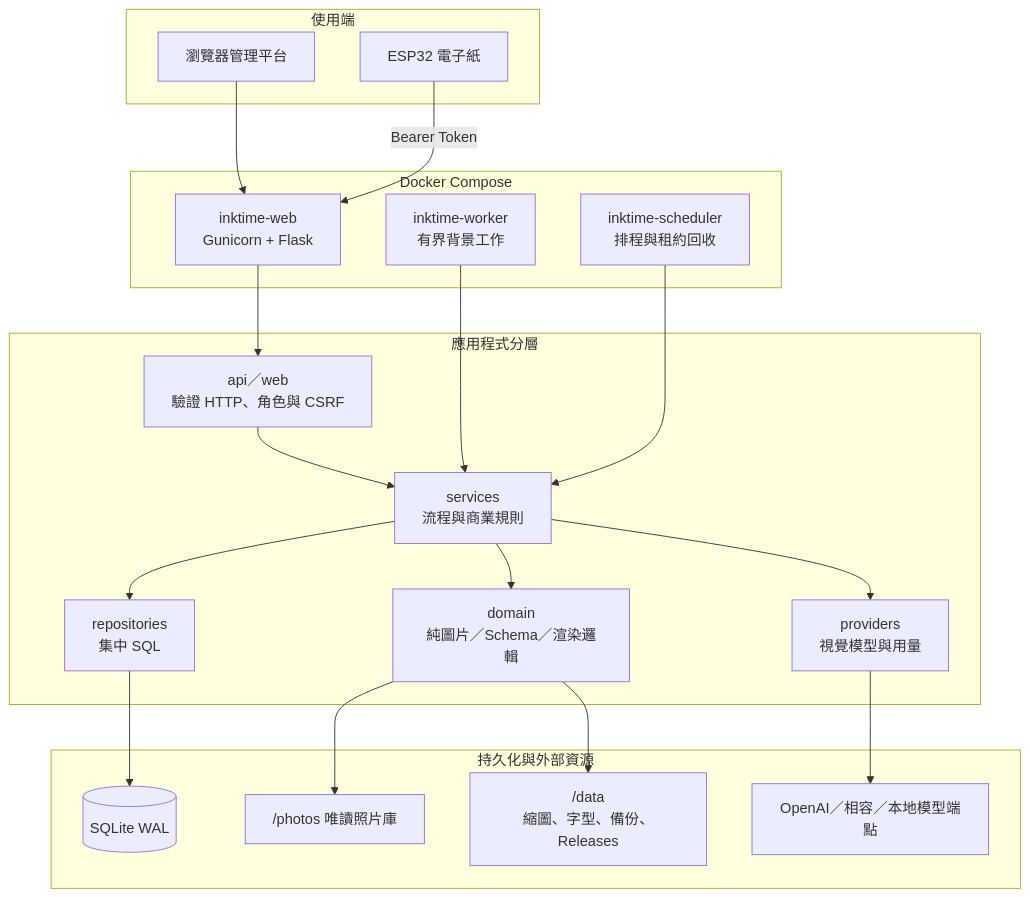
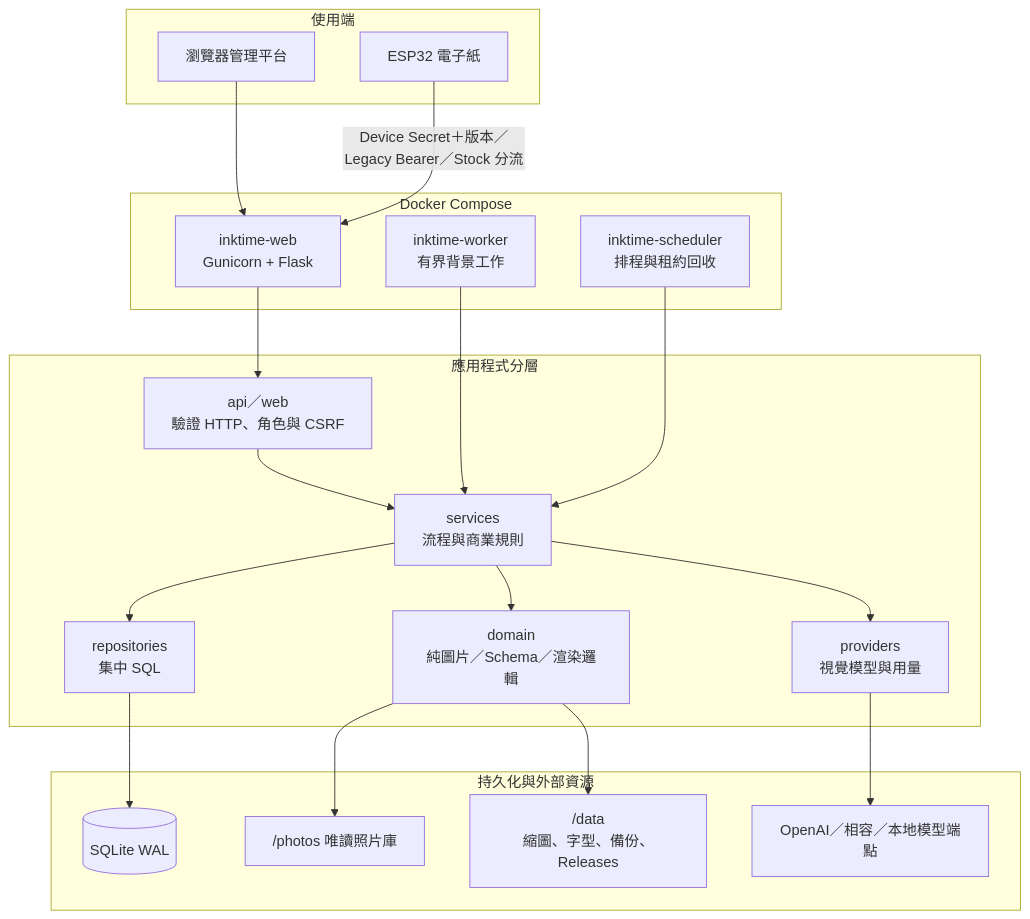
One commit to steven87090799/InkTime changed the first of 3 diagrams in docs/architecture/ARCHITECTURE_ZH_TW.md. Above: the diagram before and after it, drawn with Mermaid. The commit also changed other lines of this file and 45 other files, not shown here.

Commit message:
docs: sync project documentation with current architecture

````diff
--- a/docs/architecture/ARCHITECTURE_ZH_TW.md
+++ b/docs/architecture/ARCHITECTURE_ZH_TW.md
@@ -9,39 +9,39 @@
 ```mermaid
 flowchart TB
     subgraph clients["使用端"]
         BROWSER["瀏覽器管理平台"]
         DEVICE["ESP32 電子紙"]
     end
 
     subgraph containers["Docker Compose"]
         WEB["inktime-web<br/>Gunicorn + Flask"]
         WORKER["inktime-worker<br/>有界背景工作"]
         SCHEDULER["inktime-scheduler<br/>排程與租約回收"]
     end
 
     subgraph layers["應用程式分層"]
         ROUTE["api／web<br/>驗證 HTTP、角色與 CSRF"]
         SERVICE["services<br/>流程與商業規則"]
         DOMAIN["domain<br/>純圖片／Schema／渲染邏輯"]
         REPOSITORY["repositories<br/>集中 SQL"]
         PROVIDER["providers<br/>視覺模型與用量"]
     end
 
     subgraph persistence["持久化與外部資源"]
         SQLITE[("SQLite WAL")]
         PHOTO["/photos 唯讀照片庫"]
         DATA["/data<br/>縮圖、字型、備份、Releases"]
         MODEL["OpenAI／相容／本地模型端點"]
     end
 
     BROWSER --> WEB
-    DEVICE -->|"Bearer Token"| WEB
+    DEVICE -->|"Device Secret＋版本／Legacy Bearer／Stock 分流"| WEB
     WEB --> ROUTE --> SERVICE
     WORKER --> SERVICE
     SCHEDULER --> SERVICE
     SERVICE --> DOMAIN
     SERVICE --> REPOSITORY --> SQLITE
     SERVICE --> PROVIDER --> MODEL
     DOMAIN --> PHOTO
     DOMAIN --> DATA
 ```
````
